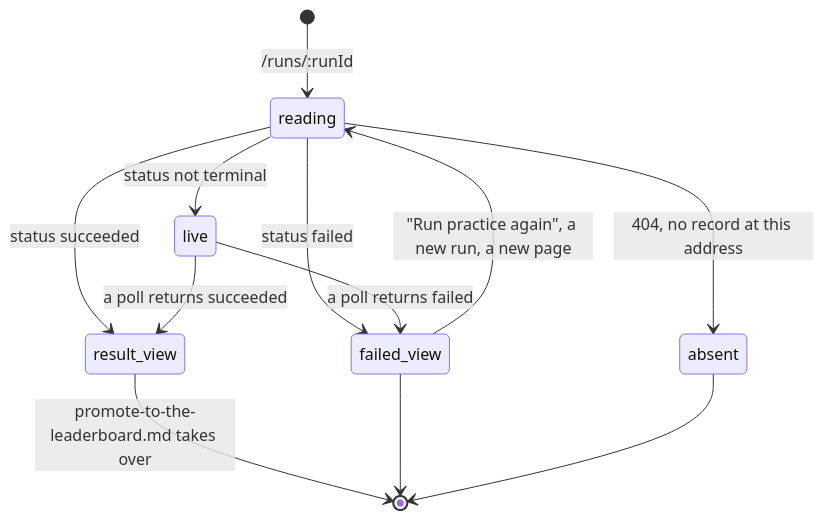
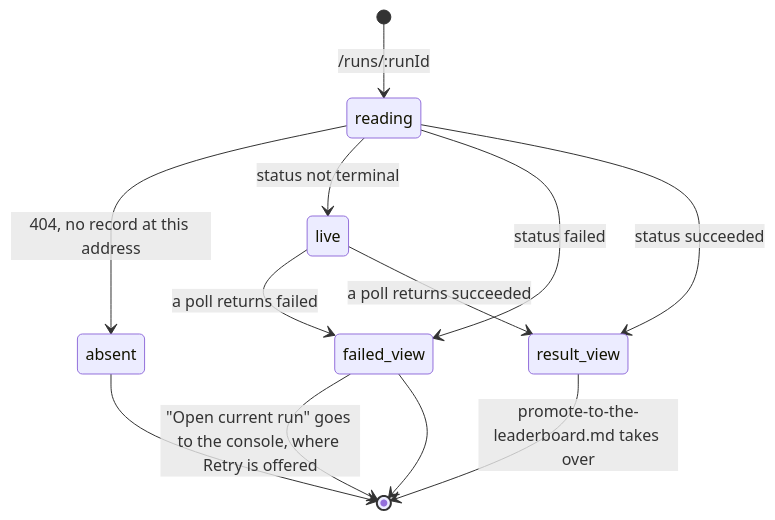
One commit to SamGu-NRX/CogPortal changed the diagram in docs/product-description/portal/the-run-page.md. Above: the diagram before and after it, drawn with Mermaid. The commit also changed other lines of this file and 9 other files, not shown here.

````diff
--- a/docs/product-description/portal/the-run-page.md
+++ b/docs/product-description/portal/the-run-page.md
@@ -63,14 +63,14 @@
 ```mermaid
 stateDiagram-v2
     [*] --> reading : /runs/:runId
     reading --> absent : 404, no record at this address
     reading --> live : status not terminal
     reading --> failed_view : status failed
     reading --> result_view : status succeeded
     live --> failed_view : a poll returns failed
     live --> result_view : a poll returns succeeded
-    failed_view --> reading : "Run practice again", a new run, a new page
+    failed_view --> [*] : "Open current run" goes to the console, where Retry is offered
     result_view --> [*] : promote-to-the-leaderboard.md takes over
     failed_view --> [*]
     absent --> [*]
 ```
````
